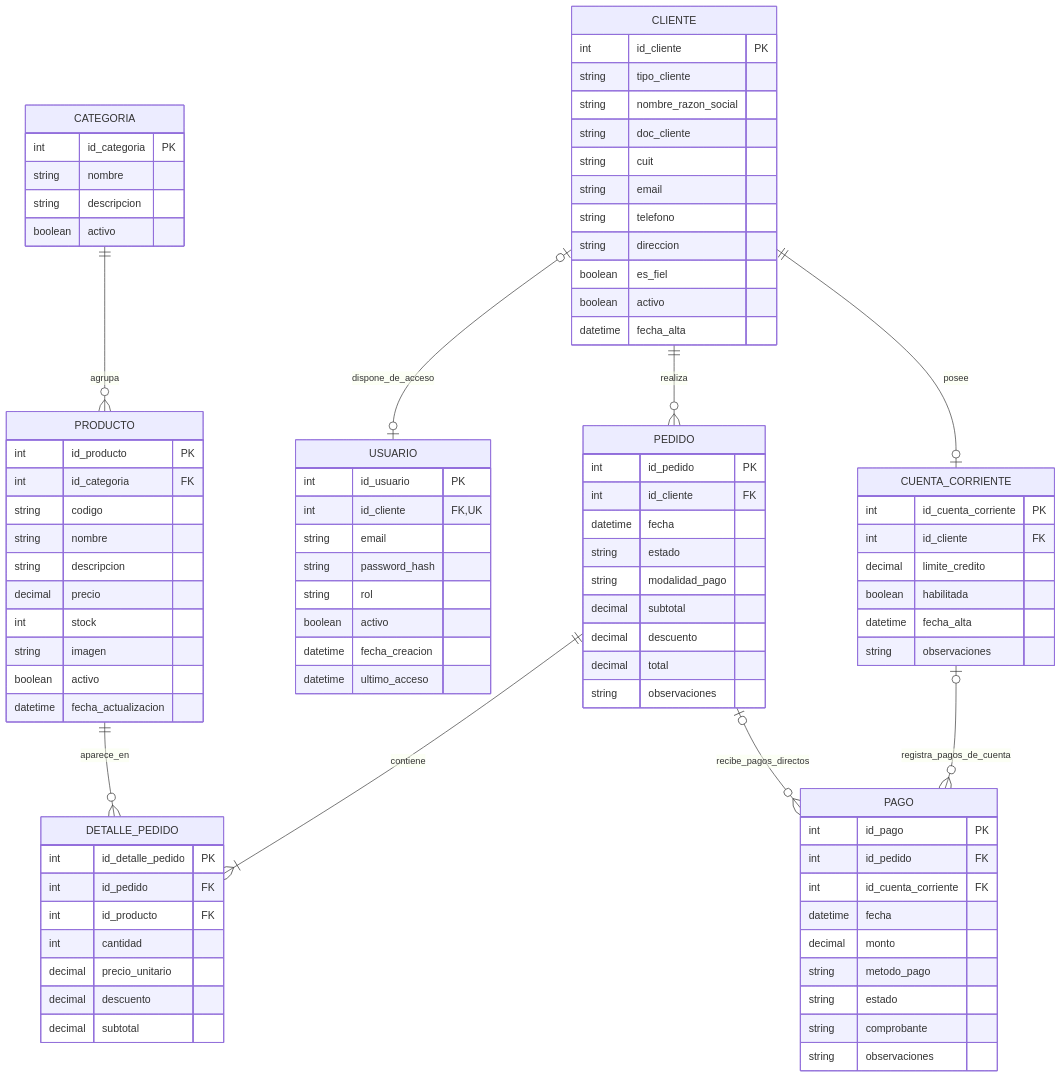
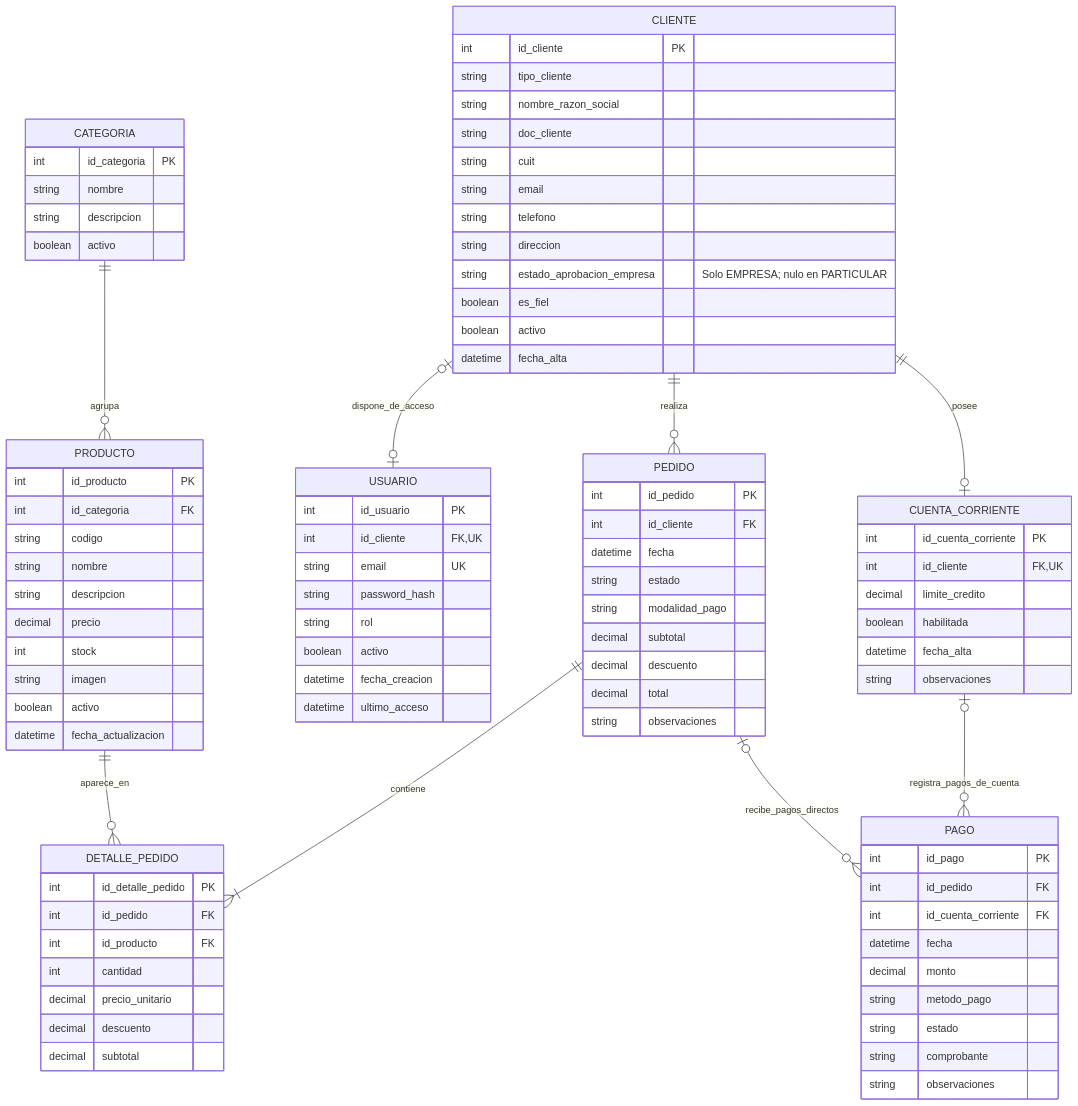
One commit to Sannlehnert/ferrepatagonia-industrial changed the diagram in docs/modelo-datos/mer-ferrepatagonia.md. Above: the diagram before and after it, drawn with Mermaid. The commit also changed other lines of this file and 2 other files, not shown here.

```diff
--- a/docs/modelo-datos/mer-ferrepatagonia.md
+++ b/docs/modelo-datos/mer-ferrepatagonia.md
@@ -33,6 +33,7 @@
         string email
         string telefono
         string direccion
+        string estado_aprobacion_empresa "Solo EMPRESA; nulo en PARTICULAR"
         boolean es_fiel
         boolean activo
         datetime fecha_alta
@@ -41,7 +42,7 @@
     USUARIO {
         int id_usuario PK
         int id_cliente FK,UK
-        string email
+        string email UK
         string password_hash
         string rol
         boolean activo
@@ -73,7 +74,7 @@
 
     CUENTA_CORRIENTE {
         int id_cuenta_corriente PK
-        int id_cliente FK
+        int id_cliente FK,UK
         decimal limite_credito
         boolean habilitada
         datetime fecha_alta
```
